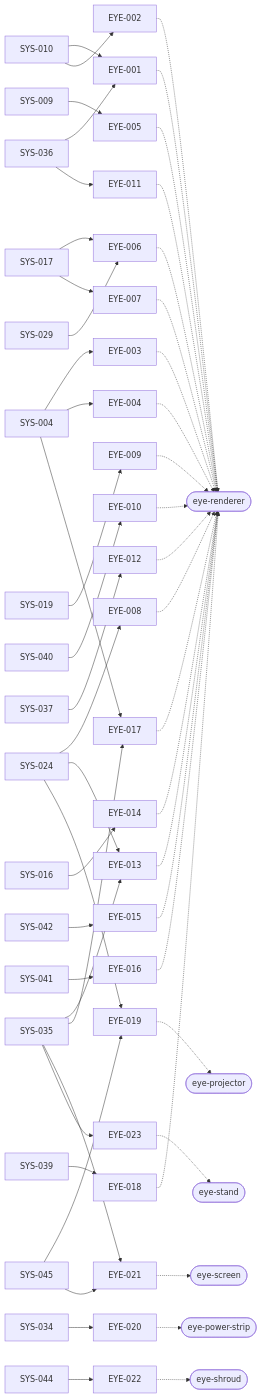
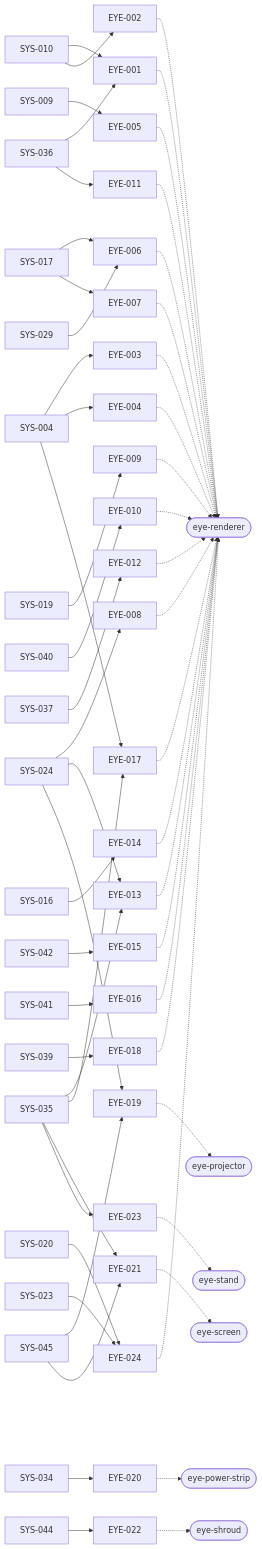
The first of 10 diagrams in docs/requirements/trace.md (goatsnboats/monster-house), drawn with Mermaid before and after one commit. The commit also changed other lines of this file and 14 other files, not shown here.

````diff
--- a/docs/requirements/trace.md
+++ b/docs/requirements/trace.md
@@ -305,55 +336,58 @@
 ```mermaid
 flowchart LR
   SYS_010[SYS-010] --> EYE_001[EYE-001]
   SYS_036[SYS-036] --> EYE_001[EYE-001]
   EYE_001 -.-> c_eye_renderer([eye-renderer])
   SYS_010[SYS-010] --> EYE_002[EYE-002]
   EYE_002 -.-> c_eye_renderer([eye-renderer])
   SYS_004[SYS-004] --> EYE_003[EYE-003]
   EYE_003 -.-> c_eye_renderer([eye-renderer])
   SYS_004[SYS-004] --> EYE_004[EYE-004]
   EYE_004 -.-> c_eye_renderer([eye-renderer])
   SYS_009[SYS-009] --> EYE_005[EYE-005]
   EYE_005 -.-> c_eye_renderer([eye-renderer])
   SYS_017[SYS-017] --> EYE_006[EYE-006]
   SYS_029[SYS-029] --> EYE_006[EYE-006]
   EYE_006 -.-> c_eye_renderer([eye-renderer])
   SYS_017[SYS-017] --> EYE_007[EYE-007]
   EYE_007 -.-> c_eye_renderer([eye-renderer])
   SYS_024[SYS-024] --> EYE_008[EYE-008]
   EYE_008 -.-> c_eye_renderer([eye-renderer])
   SYS_019[SYS-019] --> EYE_009[EYE-009]
   EYE_009 -.-> c_eye_renderer([eye-renderer])
   SYS_040[SYS-040] --> EYE_010[EYE-010]
   EYE_010 -.-> c_eye_renderer([eye-renderer])
   SYS_036[SYS-036] --> EYE_011[EYE-011]
   EYE_011 -.-> c_eye_renderer([eye-renderer])
   SYS_037[SYS-037] --> EYE_012[EYE-012]
   EYE_012 -.-> c_eye_renderer([eye-renderer])
   SYS_035[SYS-035] --> EYE_013[EYE-013]
   SYS_024[SYS-024] --> EYE_013[EYE-013]
   EYE_013 -.-> c_eye_renderer([eye-renderer])
   SYS_016[SYS-016] --> EYE_014[EYE-014]
   EYE_014 -.-> c_eye_renderer([eye-renderer])
   SYS_042[SYS-042] --> EYE_015[EYE-015]
   EYE_015 -.-> c_eye_renderer([eye-renderer])
   SYS_041[SYS-041] --> EYE_016[EYE-016]
   EYE_016 -.-> c_eye_renderer([eye-renderer])
   SYS_004[SYS-004] --> EYE_017[EYE-017]
   SYS_035[SYS-035] --> EYE_017[EYE-017]
   EYE_017 -.-> c_eye_renderer([eye-renderer])
   SYS_039[SYS-039] --> EYE_018[EYE-018]
   EYE_018 -.-> c_eye_renderer([eye-renderer])
   SYS_024[SYS-024] --> EYE_019[EYE-019]
   SYS_045[SYS-045] --> EYE_019[EYE-019]
   EYE_019 -.-> c_eye_projector([eye-projector])
   SYS_034[SYS-034] --> EYE_020[EYE-020]
   EYE_020 -.-> c_eye_power_strip([eye-power-strip])
   SYS_035[SYS-035] --> EYE_021[EYE-021]
   SYS_045[SYS-045] --> EYE_021[EYE-021]
   EYE_021 -.-> c_eye_screen([eye-screen])
   SYS_044[SYS-044] --> EYE_022[EYE-022]
   EYE_022 -.-> c_eye_shroud([eye-shroud])
   SYS_035[SYS-035] --> EYE_023[EYE-023]
   EYE_023 -.-> c_eye_stand([eye-stand])
+  SYS_020[SYS-020] --> EYE_024[EYE-024]
+  SYS_023[SYS-023] --> EYE_024[EYE-024]
+  EYE_024 -.-> c_eye_renderer([eye-renderer])
 ```
````
